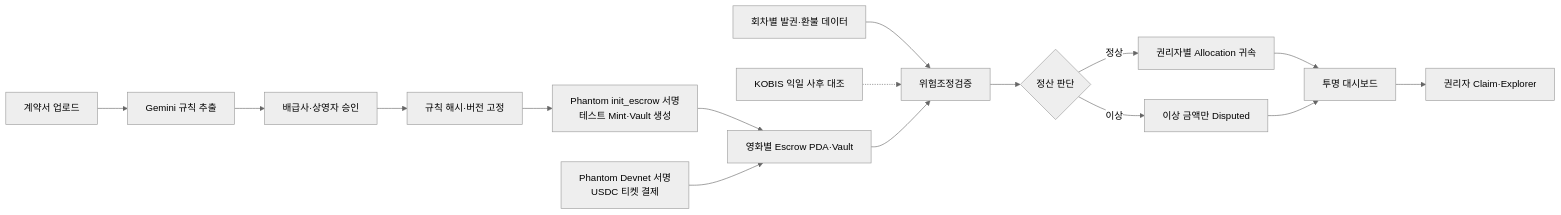
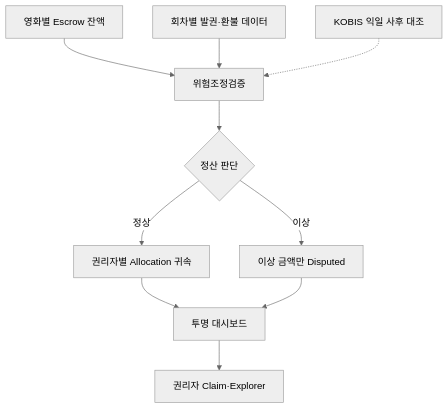
Before and after one commit to chaincrew-kr/blockchain-hackathon: the second of 3 diagrams in README.md, drawn with Mermaid (neutral theme). The commit also changed other lines of this file and 1 other file, not shown here.

Commit message:
docs: enlarge settlement flow diagrams

````diff
--- a/README.md
+++ b/README.md
@@ -206,18 +220,12 @@
 ```mermaid
-flowchart LR
-  Contract["계약서 업로드"] --> Gemini["Gemini 규칙 추출"]
-  Gemini --> Approval["배급사·상영자 승인"]
-  Approval --> Rule["규칙 해시·버전 고정"]
-  Rule --> Init["Phantom init_escrow 서명<br/>테스트 Mint·Vault 생성"]
-  Init --> Escrow["영화별 Escrow PDA·Vault"]
-  Payment["Phantom Devnet 서명<br/>USDC 티켓 결제"] --> Escrow
+flowchart TB
+  Escrow["영화별 Escrow 잔액"] --> Risk["위험조정검증"]
   Batch["회차별 발권·환불 데이터"] --> Risk["위험조정검증"]
   KOBIS["KOBIS 익일 사후 대조"] -.-> Risk
-  Escrow --> Risk["위험조정검증"]
   Risk --> Judge{"정산 판단"}
   Judge -->|정상| Settle["권리자별 Allocation 귀속"]
   Judge -->|이상| Hold["이상 금액만 Disputed"]
   Settle --> Dashboard["투명 대시보드"]
   Hold --> Dashboard
   Dashboard --> Claim["권리자 Claim·Explorer"]
 ```
````
